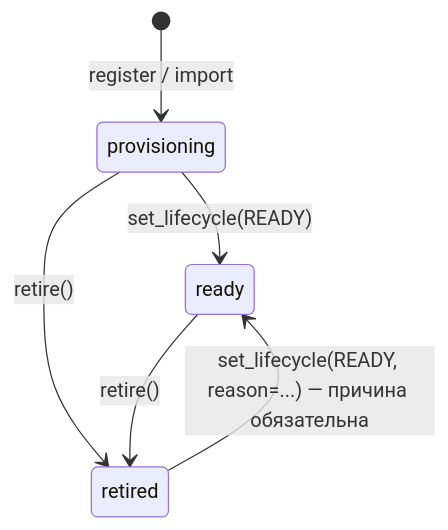
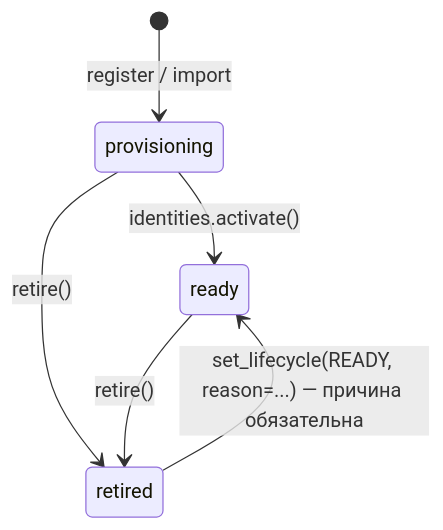
The second of 6 diagrams in docs/guide/04-states.md (0cherednoq/identity-hub), drawn with Mermaid before and after one commit. The commit also changed other lines of this file and 20 other files, not shown here.

````diff
--- a/docs/guide/04-states.md
+++ b/docs/guide/04-states.md
@@ -40,8 +40,8 @@
 ```mermaid
 stateDiagram-v2
     [*] --> provisioning : register / import
-    provisioning --> ready : set_lifecycle(READY)
+    provisioning --> ready : identities.activate()
     provisioning --> retired : retire()
     ready --> retired : retire()
     retired --> ready : set_lifecycle(READY, reason=...) — причина обязательна
 ```
````
